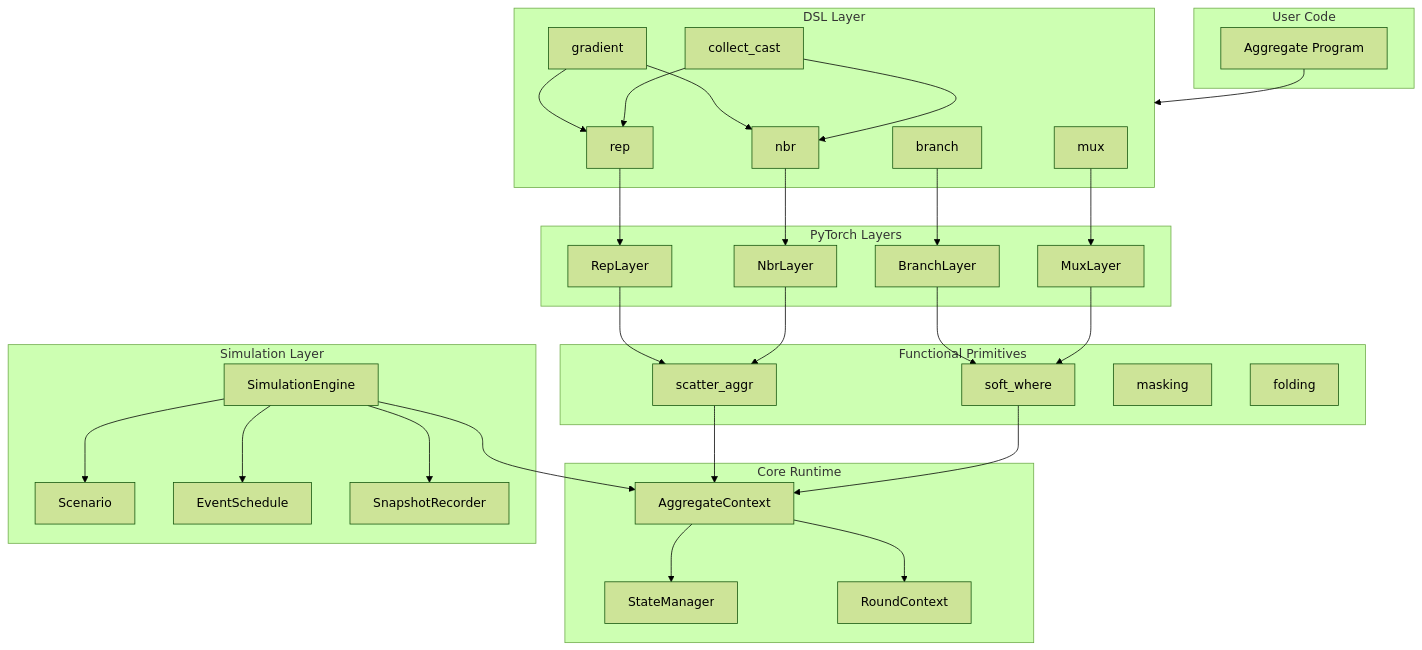
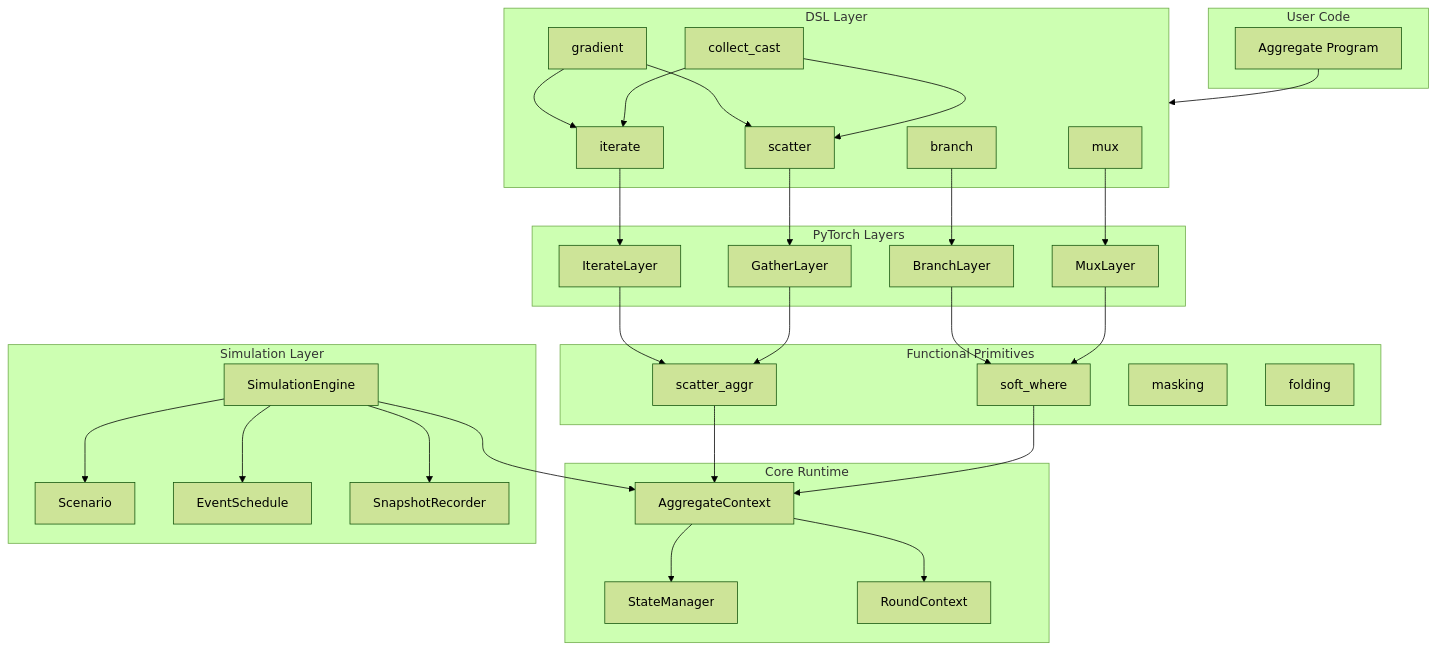
Before and after one commit to cric96/DifField: the first of 15 diagrams in docs/architecture.md, drawn with Mermaid (forest theme). The commit also changed other lines of this file and 48 other files, not shown here.

````diff
--- a/docs/architecture.md
+++ b/docs/architecture.md
@@ -11,64 +11,64 @@
 ```mermaid
 graph TB
     subgraph User["User Code"]
         P[Aggregate Program]
     end
 
     subgraph DSL["DSL Layer"]
-        R[rep]
-        N[nbr]
+        R[iterate]
+        N[scatter]
         B[branch]
         M[mux]
         G[gradient]
         C[collect_cast]
     end
 
     subgraph Layers["PyTorch Layers"]
-        RL[RepLayer]
-        NL[NbrLayer]
+        RL[IterateLayer]
+        NL[GatherLayer]
         BL[BranchLayer]
         ML[MuxLayer]
     end
 
     subgraph Functional["Functional Primitives"]
         SA[scatter_aggr]
         SW[soft_where]
         MK[masking]
         FL[folding]
     end
 
     subgraph Core["Core Runtime"]
         AC[AggregateContext]
         SM[StateManager]
         RC[RoundContext]
     end
 
     subgraph Sim["Simulation Layer"]
         SC[Scenario]
         SE[SimulationEngine]
         EV[EventSchedule]
         SR[SnapshotRecorder]
     end
 
     P --> DSL
     R --> RL
     N --> NL
     B --> BL
     M --> ML
     G --> R
     G --> N
     C --> R
     C --> N
     RL --> SA
     NL --> SA
     BL --> SW
     ML --> SW
     SA --> AC
     SW --> AC
     AC --> SM
     AC --> RC
     SE --> SC
     SE --> AC
     SE --> EV
     SE --> SR
 ```
````
